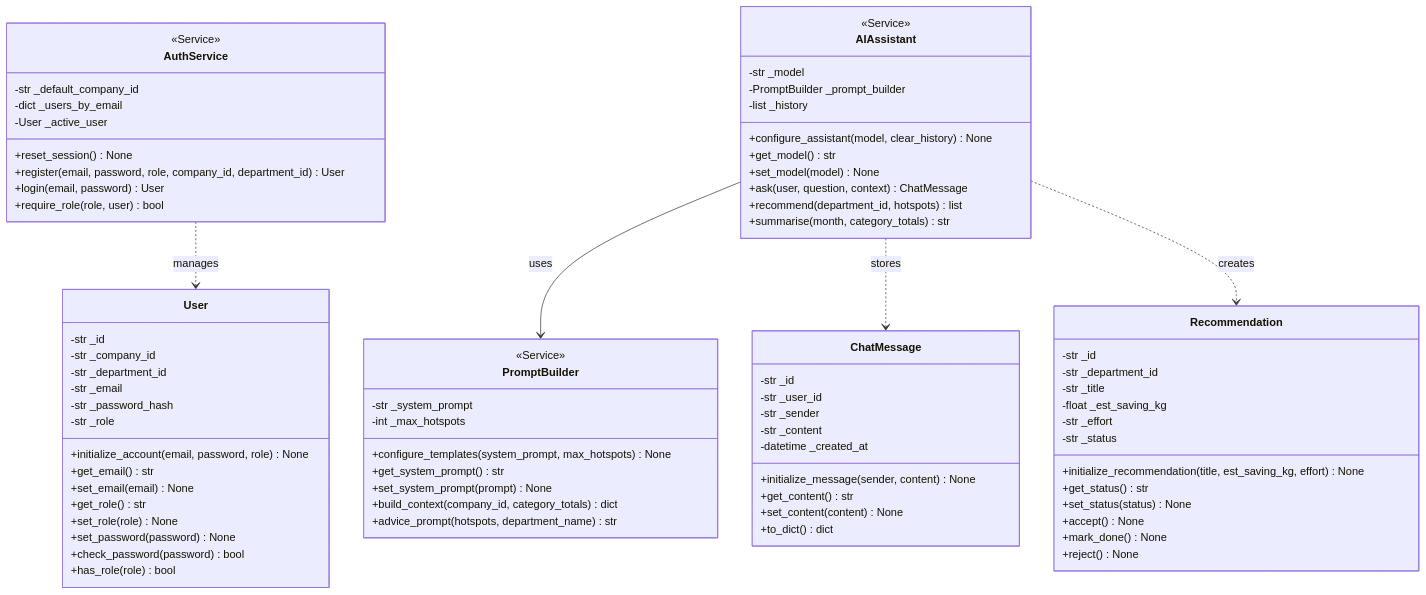
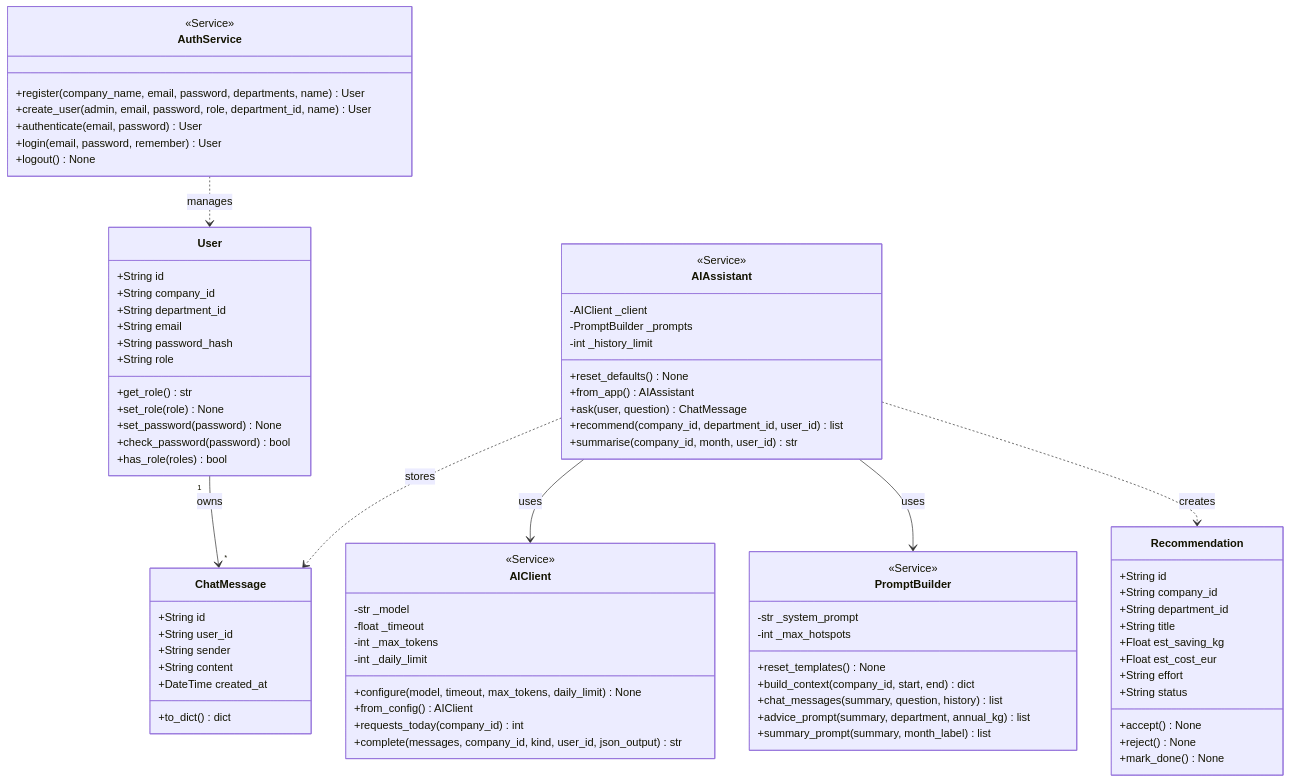
Before and after one commit to M-AA-B/CPC-Python-Capstone-Project: the third of 4 diagrams in README.md, drawn with Mermaid. The commit also changed other lines of this file and 76 other files, not shown here.

````diff
--- a/README.md
+++ b/README.md
@@ -181,85 +181,89 @@
 ```mermaid
 classDiagram
     class User {
-        -str _id
-        -str _company_id
-        -str _department_id
-        -str _email
-        -str _password_hash
-        -str _role
-        +initialize_account(email, password, role) None
-        +get_email() str
-        +set_email(email) None
+        +String id
+        +String company_id
+        +String department_id
+        +String email
+        +String password_hash
+        +String role
         +get_role() str
         +set_role(role) None
         +set_password(password) None
         +check_password(password) bool
-        +has_role(role) bool
+        +has_role(roles) bool
     }
 
     class ChatMessage {
-        -str _id
-        -str _user_id
-        -str _sender
-        -str _content
-        -datetime _created_at
-        +initialize_message(sender, content) None
-        +get_content() str
-        +set_content(content) None
+        +String id
+        +String user_id
+        +String sender
+        +String content
+        +DateTime created_at
         +to_dict() dict
     }
 
     class Recommendation {
-        -str _id
-        -str _department_id
-        -str _title
-        -float _est_saving_kg
-        -str _effort
-        -str _status
-        +initialize_recommendation(title, est_saving_kg, effort) None
-        +get_status() str
-        +set_status(status) None
+        +String id
+        +String company_id
+        +String department_id
+        +String title
+        +Float est_saving_kg
+        +Float est_cost_eur
+        +String effort
+        +String status
         +accept() None
+        +reject() None
         +mark_done() None
-        +reject() None
     }
 
     class AuthService {
         <<Service>>
-        -str _default_company_id
-        -dict _users_by_email
-        -User _active_user
-        +reset_session() None
-        +register(email, password, role, company_id, department_id) User
-        +login(email, password) User
-        +require_role(role, user) bool
+        +register(company_name, email, password, departments, name) User
+        +create_user(admin, email, password, role, department_id, name) User
+        +authenticate(email, password) User
+        +login(email, password, remember) User
+        +logout() None
+    }
+
+    class AIClient {
+        <<Service>>
+        -str _model
+        -float _timeout
+        -int _max_tokens
+        -int _daily_limit
+        +configure(model, timeout, max_tokens, daily_limit) None
+        +from_config() AIClient
+        +requests_today(company_id) int
+        +complete(messages, company_id, kind, user_id, json_output) str
     }
 
     class PromptBuilder {
         <<Service>>
         -str _system_prompt
         -int _max_hotspots
-        +configure_templates(system_prompt, max_hotspots) None
-        +get_system_prompt() str
-        +set_system_prompt(prompt) None
-        +build_context(company_id, category_totals) dict
-        +advice_prompt(hotspots, department_name) str
+        +reset_templates() None
+        +build_context(company_id, start, end) dict
+        +chat_messages(summary, question, history) list
+        +advice_prompt(summary, department, annual_kg) list
+        +summary_prompt(summary, month_label) list
     }
 
     class AIAssistant {
         <<Service>>
-        -str _model
-        -PromptBuilder _prompt_builder
-        -list _history
-        +configure_assistant(model, clear_history) None
-        +get_model() str
-        +set_model(model) None
-        +ask(user, question, context) ChatMessage
-        +recommend(department_id, hotspots) list
-        +summarise(month, category_totals) str
+        -AIClient _client
+        -PromptBuilder _prompts
+        -int _history_limit
+        +reset_defaults() None
+        +from_app() AIAssistant
+        +ask(user, question) ChatMessage
+        +recommend(company_id, department_id, user_id) list
+        +summarise(company_id, month, user_id) str
     }
 
+    User "1" --> "*" ChatMessage : owns
     AuthService ..> User : manages
+    AIAssistant --> AIClient : uses
     AIAssistant --> PromptBuilder : uses
     AIAssistant ..> ChatMessage : stores
     AIAssistant ..> Recommendation : creates
````
